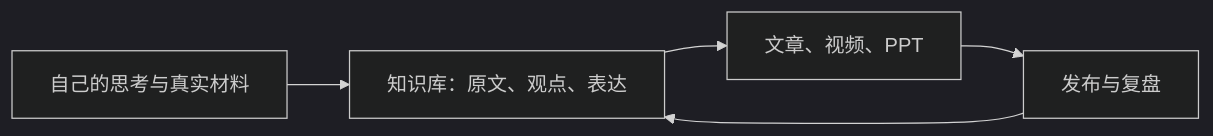
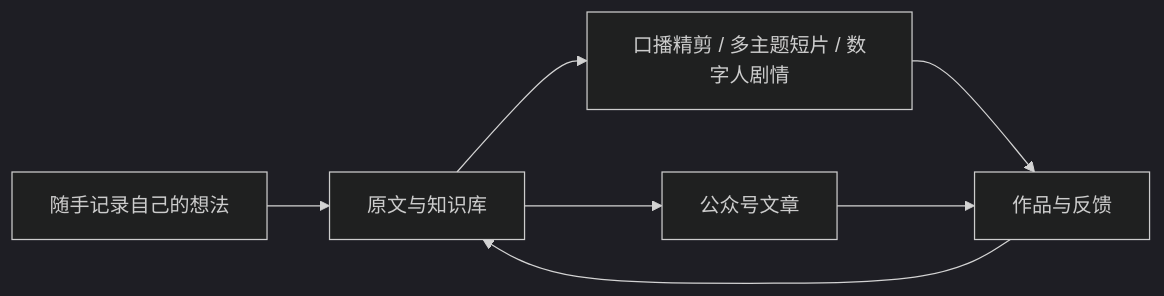
The diagram in .github/README.md (LeoAI1988/yl-skills), drawn with Mermaid (dark theme) before and after one commit. The commit also changed other lines of this file, not shown here.

````diff
--- a/.github/README.md
+++ b/.github/README.md
@@ -29,7 +112,9 @@
 ```mermaid
 flowchart LR
-    A[自己的思考与真实材料] --> B[知识库：原文、观点、表达]
-    B --> C[文章、视频、PPT]
-    C --> D[发布与复盘]
-    D --> B
+    A[随手记录自己的想法] --> B[原文与知识库]
+    B --> C[口播精剪 / 多主题短片 / 数字人剧情]
+    B --> D[公众号文章]
+    C --> E[作品与反馈]
+    D --> E
+    E --> B
 ```
````
